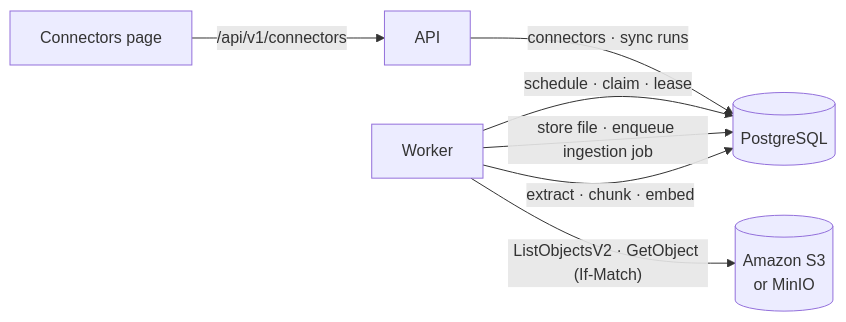
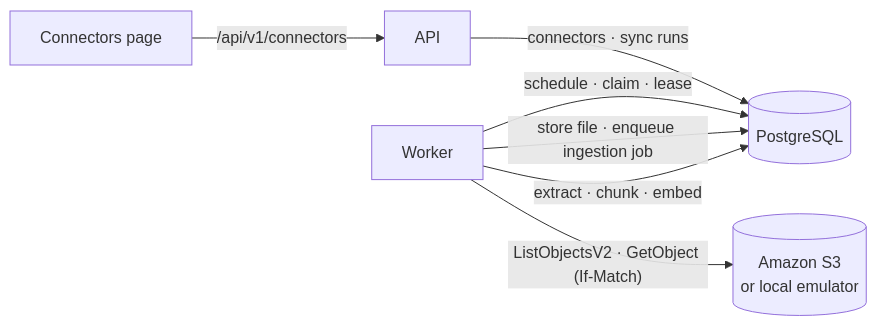
One commit to Yash01Negi/docs-rag-platform changed the diagram in docs/connectors.md. Above: the diagram before and after it, drawn with Mermaid. The commit also changed other lines of this file and 12 other files, not shown here.

````diff
--- a/docs/connectors.md
+++ b/docs/connectors.md
@@ -20,9 +20,9 @@
 ```mermaid
 flowchart LR
     ui["Connectors page"] -- "/api/v1/connectors" --> api["API"]
     api -- "connectors · sync runs" --> db[("PostgreSQL")]
     worker["Worker"] -- "schedule · claim · lease" --> db
-    worker -- "ListObjectsV2 · GetObject (If-Match)" --> s3[("Amazon S3<br/>or MinIO")]
+    worker -- "ListObjectsV2 · GetObject (If-Match)" --> s3[("Amazon S3<br/>or local emulator")]
     worker -- "store file · enqueue ingestion job" --> db
     worker -- "extract · chunk · embed" --> db
 ```
````
